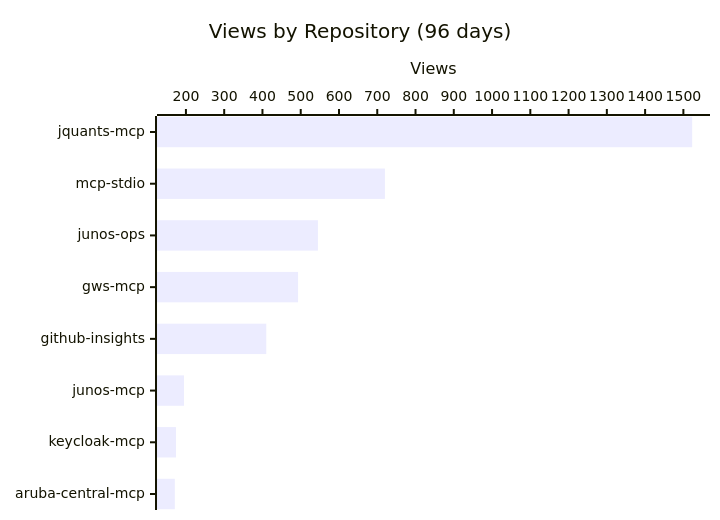
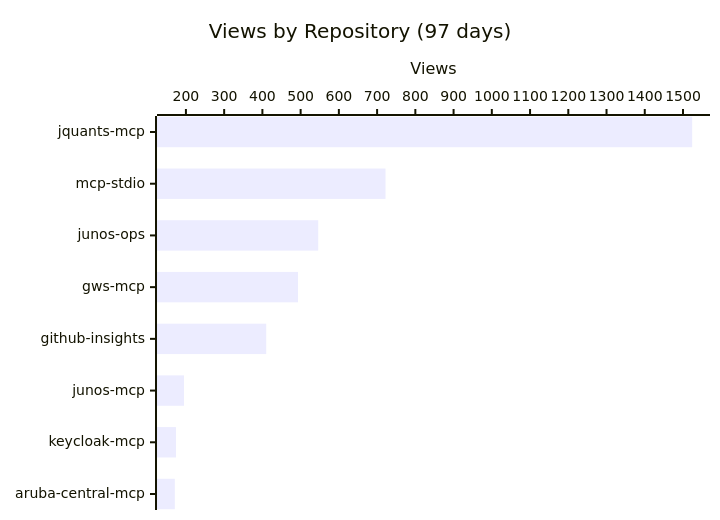
Before and after one commit to shigechika/github-insights: the first of 3 diagrams in README.md, drawn with Mermaid. The commit also changed other lines of this file and 2 other files, not shown here.

````diff
--- a/README.md
+++ b/README.md
@@ -18,7 +18,7 @@
 ```mermaid
 xychart-beta horizontal
-    title "Views by Repository (96 days)"
+    title "Views by Repository (97 days)"
     x-axis ["jquants-mcp", "mcp-stdio", "junos-ops", "gws-mcp", "github-insights", "junos-mcp", "keycloak-mcp", "aruba-central-mcp"]
     y-axis "Views"
-    bar [1523, 720, 545, 493, 410, 195, 174, 171]
+    bar [1524, 722, 546, 493, 410, 195, 174, 171]
 ```
````
